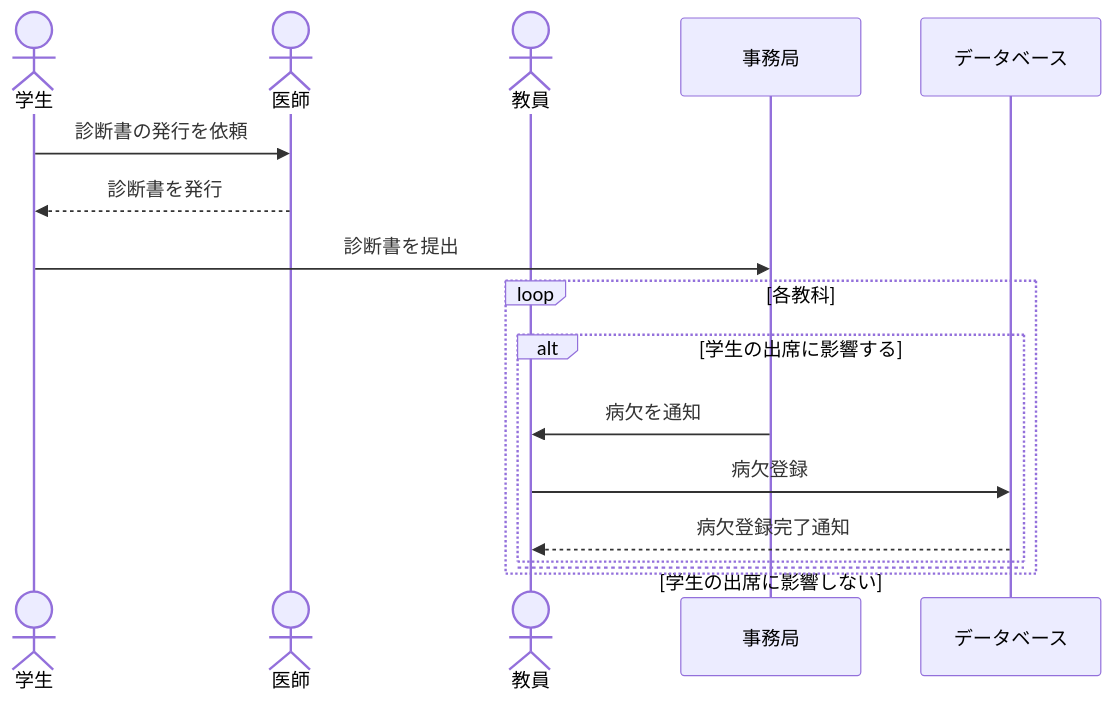
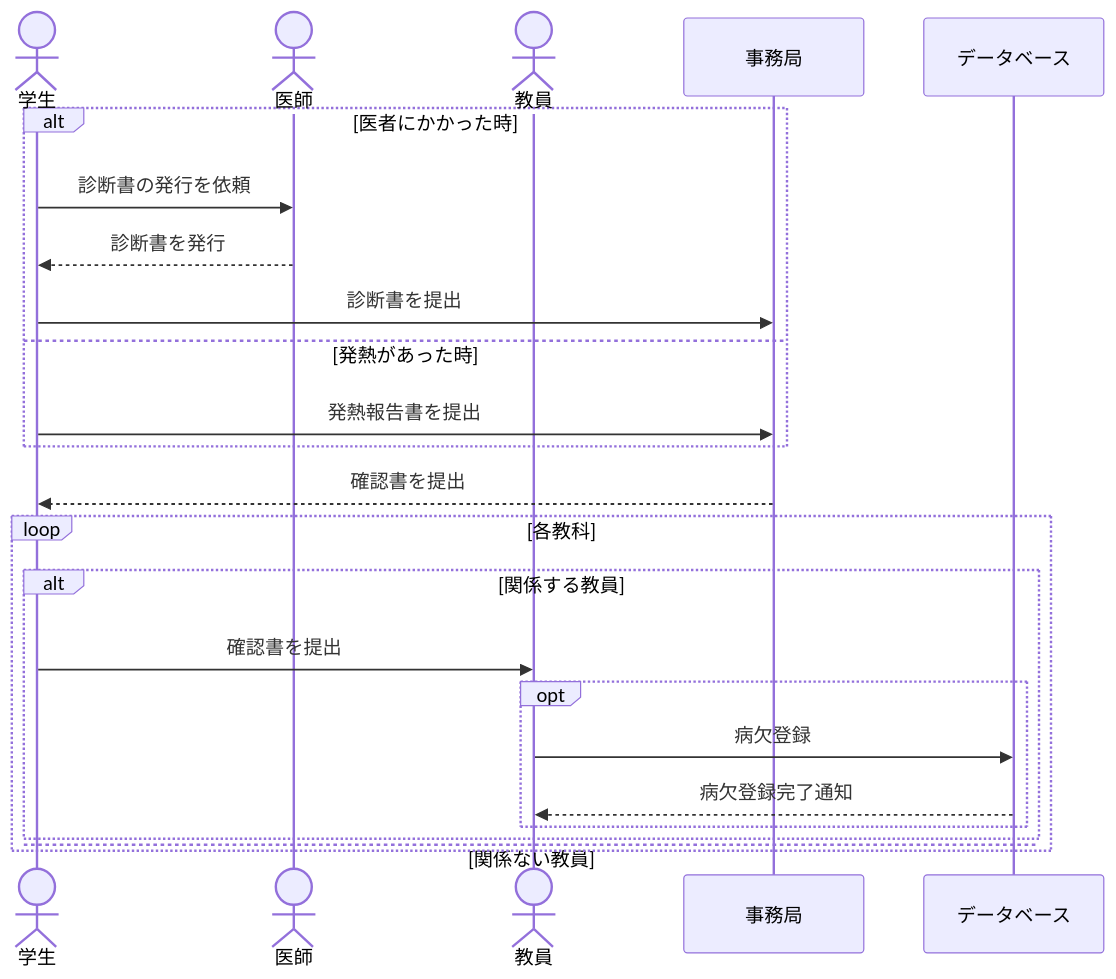
The diagram in zugagijutu/第7回/ensyu.md (rrr-bit00/kougi), drawn with Mermaid before and after one commit.

````diff
--- a/zugagijutu/第7回/ensyu.md
+++ b/zugagijutu/第7回/ensyu.md
@@ -1,21 +1,28 @@
 ```mermaid
 
 sequenceDiagram
 actor s as 学生
 actor r as 医師
 actor a as 教員
 participant z as 事務局
 participant db as データベース
 
+alt 医者にかかった時
 s ->> r: 診断書の発行を依頼
 r -->> s: 診断書を発行
 s ->> z: 診断書を提出
+else 発熱があった時
+s ->> z: 発熱報告書を提出
+end
+z -->> s: 確認書を提出
 loop 各教科
-alt 学生の出席に影響する
-z ->> a: 病欠を通知
-a ->> db: 病欠登録
+alt 関係する教員
+ s ->> a: 確認書を提出
+ opt 
+  a ->> db: 病欠登録
 db -->> a: 病欠登録完了通知
-else 学生の出席に影響しない
+end
+else 関係ない教員
 end
 end
 ```
````
